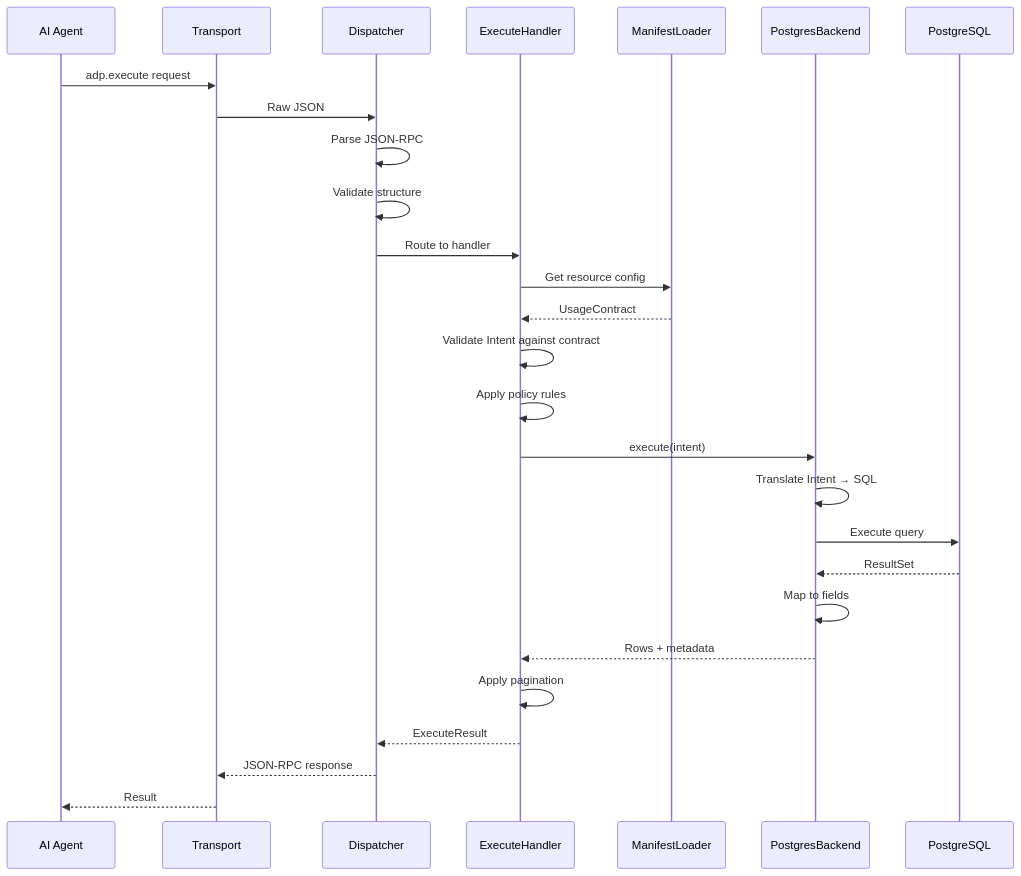
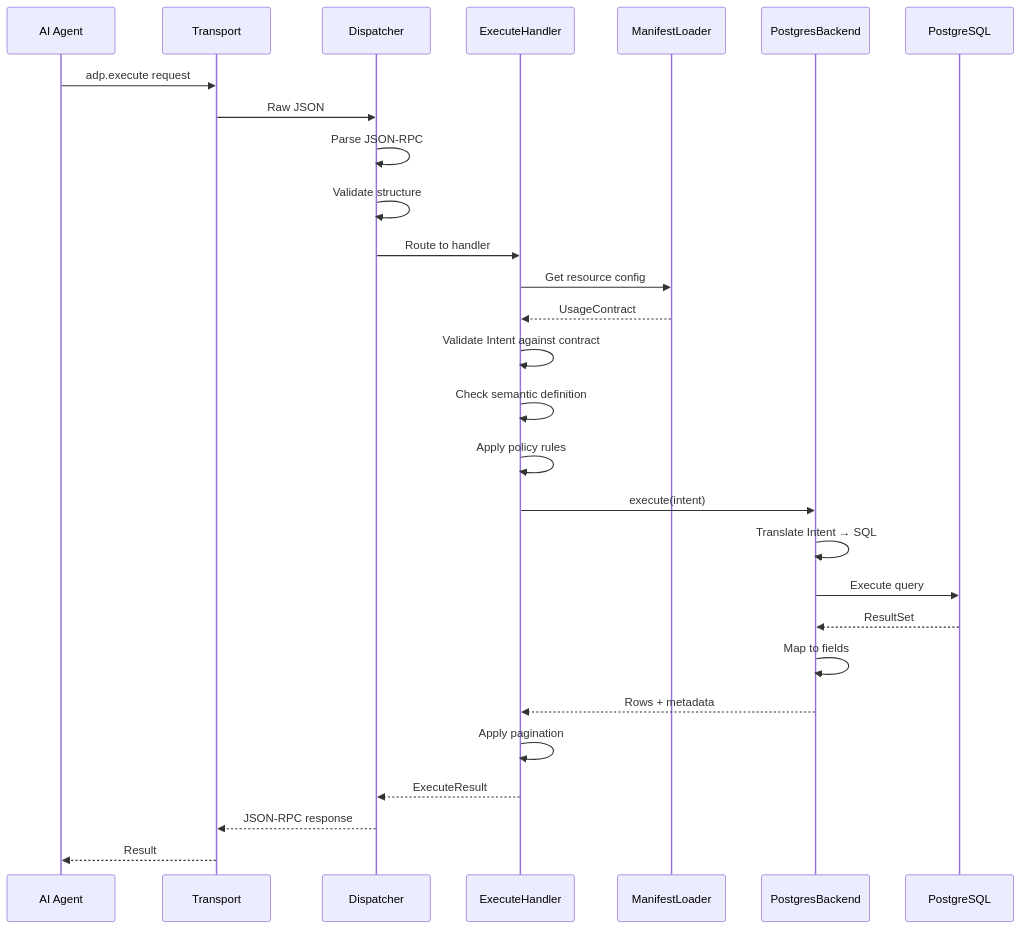
Before and after one commit to agenticdataprotocol/adp-hypervisor: the third of 6 diagrams in docs/adp-server-design.md, drawn with Mermaid. The commit also changed other lines of this file, not shown here.

````diff
--- a/docs/adp-server-design.md
+++ b/docs/adp-server-design.md
@@ -322,35 +327,36 @@
 ```mermaid
 sequenceDiagram
     participant Agent as AI Agent
     participant Transport as Transport
     participant Dispatcher as Dispatcher
     participant Handler as ExecuteHandler
     participant Manifest as ManifestLoader
     participant Backend as PostgresBackend
     participant DB as PostgreSQL
 
     Agent->>Transport: adp.execute request
     Transport->>Dispatcher: Raw JSON
     
     Dispatcher->>Dispatcher: Parse JSON-RPC
     Dispatcher->>Dispatcher: Validate structure
     Dispatcher->>Handler: Route to handler
     
     Handler->>Manifest: Get resource config
     Manifest-->>Handler: UsageContract
     
     Handler->>Handler: Validate Intent against contract
+    Handler->>Handler: Check semantic definition
     Handler->>Handler: Apply policy rules
     
     Handler->>Backend: execute(intent)
     Backend->>Backend: Translate Intent → SQL
     Backend->>DB: Execute query
     DB-->>Backend: ResultSet
     Backend->>Backend: Map to fields
     Backend-->>Handler: Rows + metadata
     
     Handler->>Handler: Apply pagination
     Handler-->>Dispatcher: ExecuteResult
     Dispatcher-->>Transport: JSON-RPC response
     Transport-->>Agent: Result
 ```
````
